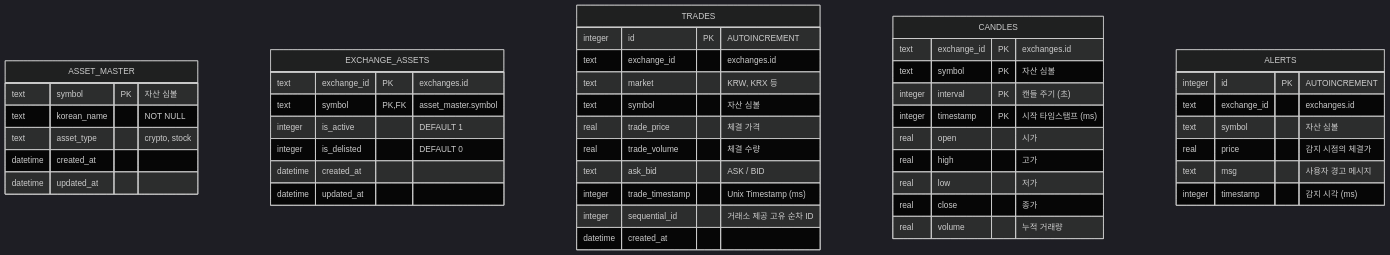
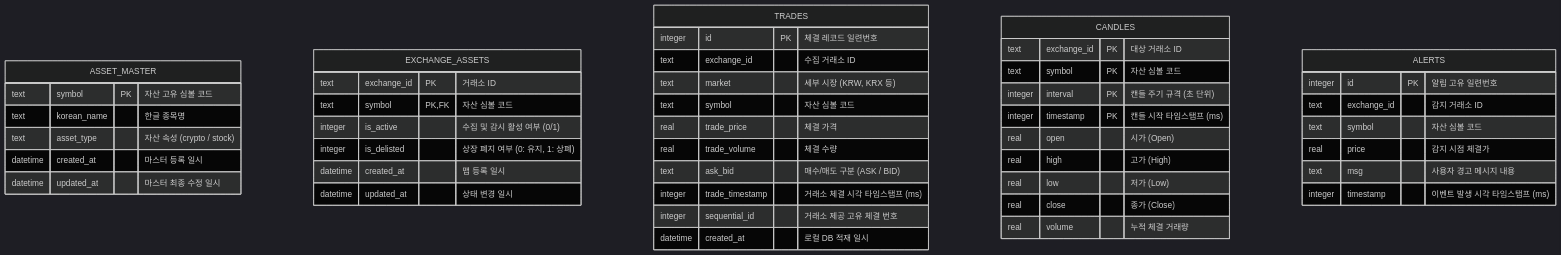
The third of 5 diagrams in docs/erd-specification.md (yslsoft-ui/ATS), drawn with Mermaid (dark theme) before and after one commit. The commit also changed other lines of this file, not shown here.

Commit message:
docs: ERD 명세서에 개략적 관계도 테이블 매핑 표 및 한글 세부 제목 추가

````diff
--- a/docs/erd-specification.md
+++ b/docs/erd-specification.md
@@ -115,53 +158,53 @@
 ```mermaid
 erDiagram
     ASSET_MASTER {
-        text symbol PK "자산 심볼"
-        text korean_name "NOT NULL"
-        text asset_type "crypto, stock"
-        datetime created_at
-        datetime updated_at
+        text symbol PK "자산 고유 심볼 코드"
+        text korean_name "한글 종목명"
+        text asset_type "자산 속성 (crypto / stock)"
+        datetime created_at "마스터 등록 일시"
+        datetime updated_at "마스터 최종 수정 일시"
     }
 
     EXCHANGE_ASSETS {
-        text exchange_id PK "exchanges.id"
-        text symbol PK, FK "asset_master.symbol"
-        integer is_active "DEFAULT 1"
-        integer is_delisted "DEFAULT 0"
-        datetime created_at
-        datetime updated_at
+        text exchange_id PK "거래소 ID"
+        text symbol PK, FK "자산 심볼 코드"
+        integer is_active "수집 및 감시 활성 여부 (0/1)"
+        integer is_delisted "상장 폐지 여부 (0: 유지, 1: 상폐)"
+        datetime created_at "맵 등록 일시"
+        datetime updated_at "상태 변경 일시"
     }
 
     TRADES {
-        integer id PK "AUTOINCREMENT"
-        text exchange_id "exchanges.id"
-        text market "KRW, KRX 등"
-        text symbol "자산 심볼"
+        integer id PK "체결 레코드 일련번호"
+        text exchange_id "수집 거래소 ID"
+        text market "세부 시장 (KRW, KRX 등)"
+        text symbol "자산 심볼 코드"
         real trade_price "체결 가격"
         real trade_volume "체결 수량"
-        text ask_bid "ASK / BID"
-        integer trade_timestamp "Unix Timestamp (ms)"
-        integer sequential_id "거래소 제공 고유 순차 ID"
-        datetime created_at
+        text ask_bid "매수/매도 구분 (ASK / BID)"
+        integer trade_timestamp "거래소 체결 시각 타임스탬프 (ms)"
+        integer sequential_id "거래소 제공 고유 체결 번호"
+        datetime created_at "로컬 DB 적재 일시"
     }
 
     CANDLES {
-        text exchange_id PK "exchanges.id"
-        text symbol PK "자산 심볼"
-        integer interval PK "캔들 주기 (초)"
-        integer timestamp PK "시작 타임스탬프 (ms)"
-        real open "시가"
-        real high "고가"
-        real low "저가"
-        real close "종가"
-        real volume "누적 거래량"
+        text exchange_id PK "대상 거래소 ID"
+        text symbol PK "자산 심볼 코드"
+        integer interval PK "캔들 주기 규격 (초 단위)"
+        integer timestamp PK "캔들 시작 타임스탬프 (ms)"
+        real open "시가 (Open)"
+        real high "고가 (High)"
+        real low "저가 (Low)"
+        real close "종가 (Close)"
+        real volume "누적 체결 거래량"
     }
 
     ALERTS {
-        integer id PK "AUTOINCREMENT"
-        text exchange_id "exchanges.id"
-        text symbol "자산 심볼"
-        real price "감지 시점의 체결가"
-        text msg "사용자 경고 메시지"
-        integer timestamp "감지 시각 (ms)"
+        integer id PK "알림 고유 일련번호"
+        text exchange_id "감지 거래소 ID"
+        text symbol "자산 심볼 코드"
+        real price "감지 시점 체결가"
+        text msg "사용자 경고 메시지 내용"
+        integer timestamp "이벤트 발생 시각 타임스탬프 (ms)"
     }
 ```
````
